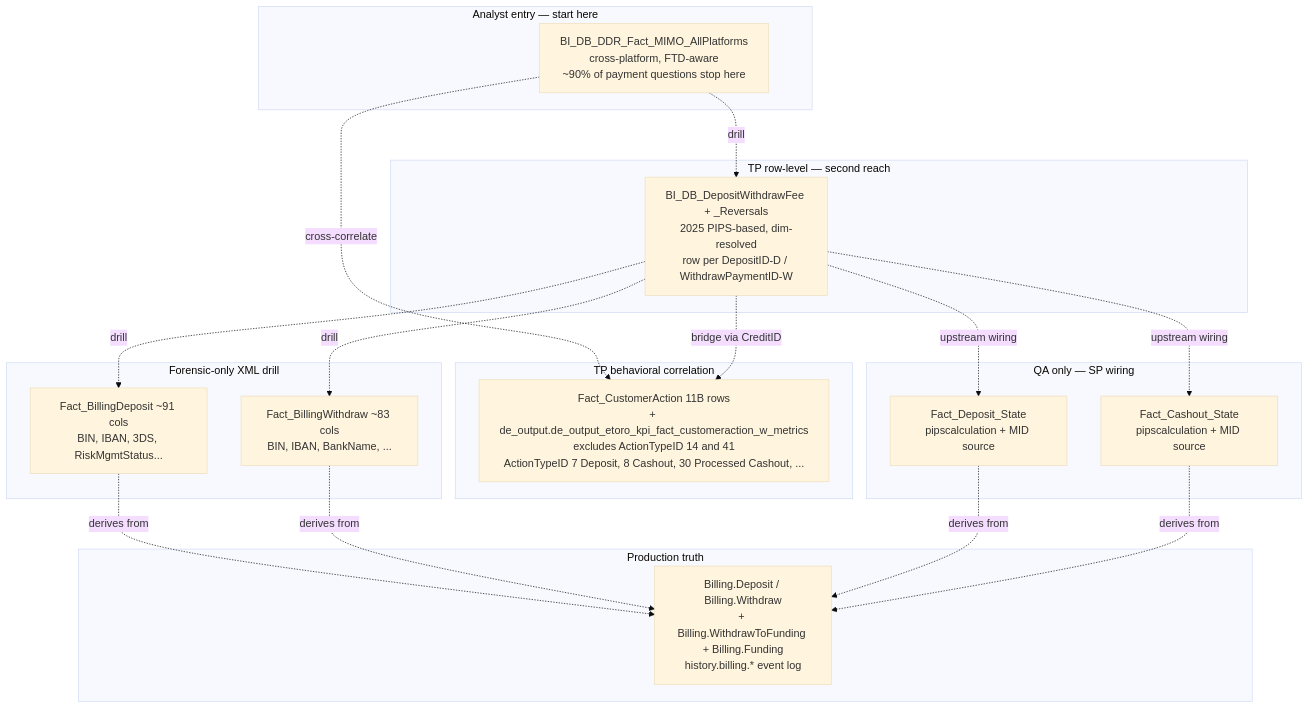
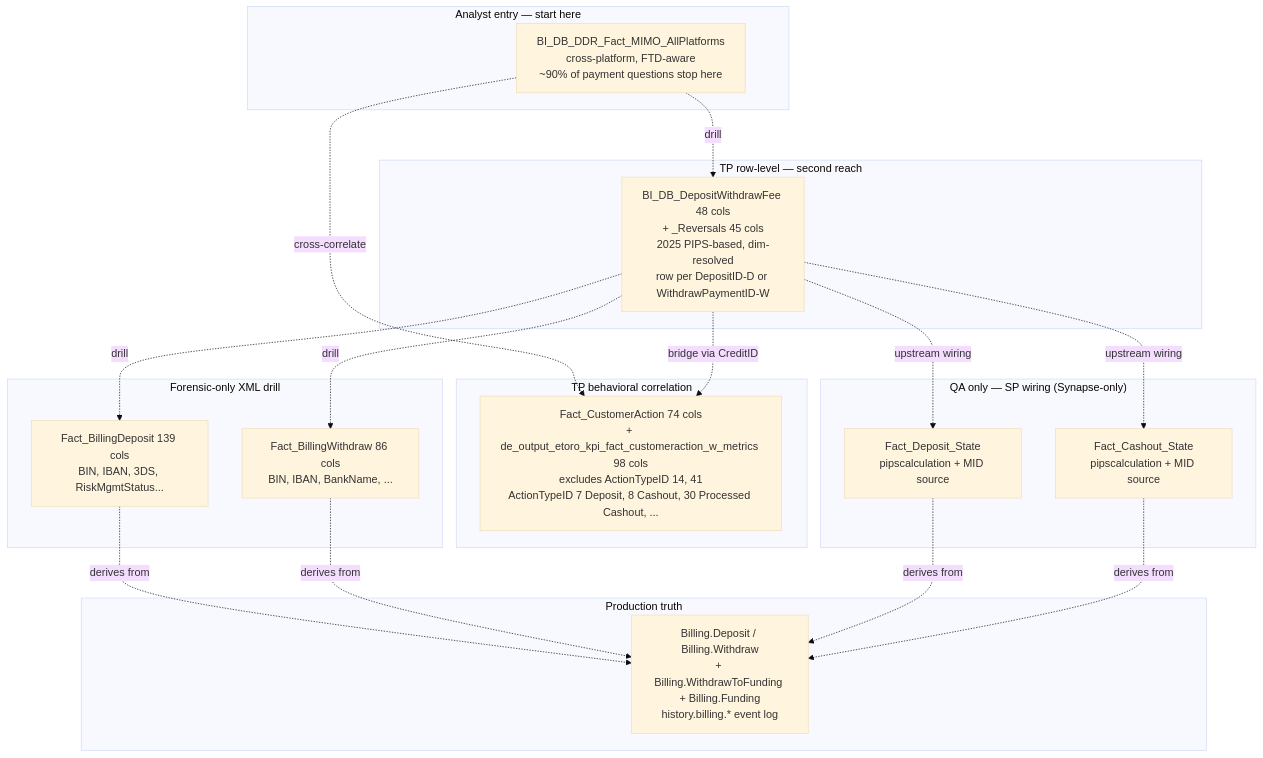
The diagram in knowledge/skills/domain-payments/deposits-and-withdrawals.md (guyman-tr/Databricks_Knowledge), drawn with Mermaid (base theme) before and after one commit. The commit also changed other lines of this file, not shown here.

````diff
--- a/knowledge/skills/domain-payments/deposits-and-withdrawals.md
+++ b/knowledge/skills/domain-payments/deposits-and-withdrawals.md
@@ -72,40 +149,40 @@
 ```mermaid
 graph TB
     subgraph T0["Analyst entry — start here"]
         Mimo[BI_DB_DDR_Fact_MIMO_AllPlatforms<br/>cross-platform, FTD-aware<br/>~90% of payment questions stop here]
     end
 
     subgraph T1["TP row-level — second reach"]
-        DWF[BI_DB_DepositWithdrawFee + _Reversals<br/>2025 PIPS-based, dim-resolved<br/>row per DepositID-D / WithdrawPaymentID-W]
+        DWF[BI_DB_DepositWithdrawFee 48 cols<br/>+ _Reversals 45 cols<br/>2025 PIPS-based, dim-resolved<br/>row per DepositID-D or WithdrawPaymentID-W]
     end
 
     subgraph T2["TP behavioral correlation"]
-        FCA[Fact_CustomerAction 11B rows<br/>+ de_output.de_output_etoro_kpi_fact_customeraction_w_metrics<br/>excludes ActionTypeID 14 and 41<br/>ActionTypeID 7 Deposit, 8 Cashout, 30 Processed Cashout, ...]
+        FCA[Fact_CustomerAction 74 cols<br/>+ de_output_etoro_kpi_fact_customeraction_w_metrics 98 cols<br/>excludes ActionTypeID 14, 41<br/>ActionTypeID 7 Deposit, 8 Cashout, 30 Processed Cashout, ...]
     end
 
     subgraph T3["Forensic-only XML drill"]
-        FBD[Fact_BillingDeposit ~91 cols<br/>BIN, IBAN, 3DS, RiskMgmtStatus...]
-        FBW[Fact_BillingWithdraw ~83 cols<br/>BIN, IBAN, BankName, ...]
+        FBD[Fact_BillingDeposit 139 cols<br/>BIN, IBAN, 3DS, RiskMgmtStatus...]
+        FBW[Fact_BillingWithdraw 86 cols<br/>BIN, IBAN, BankName, ...]
     end
 
-    subgraph QA["QA only — SP wiring"]
+    subgraph QA["QA only — SP wiring (Synapse-only)"]
         FDS[Fact_Deposit_State<br/>pipscalculation + MID source]
         FCS[Fact_Cashout_State<br/>pipscalculation + MID source]
     end
 
     subgraph Recon["Production truth"]
         Prod[Billing.Deposit / Billing.Withdraw<br/>+ Billing.WithdrawToFunding + Billing.Funding<br/>history.billing.* event log]
     end
 
     Mimo -.drill.-> DWF
     Mimo -.cross-correlate.-> FCA
     DWF -.drill.-> FBD
     DWF -.drill.-> FBW
     DWF -.bridge via CreditID.-> FCA
     DWF -.upstream wiring.-> FDS
     DWF -.upstream wiring.-> FCS
     FBD -.derives from.-> Prod
     FBW -.derives from.-> Prod
     FDS -.derives from.-> Prod
     FCS -.derives from.-> Prod
 ```
````
